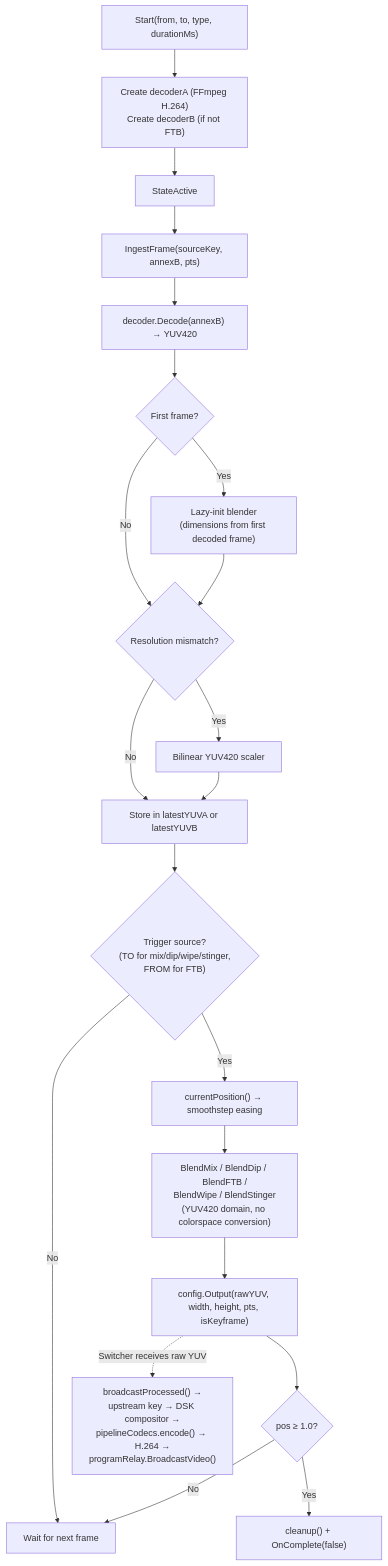
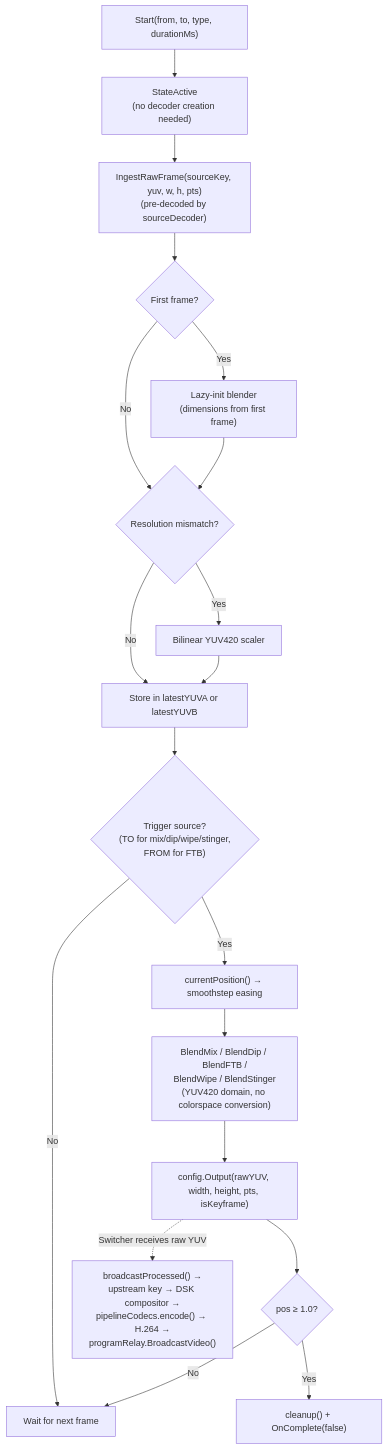
Before and after one commit to zsiec/switchframe: the sixth of 22 diagrams in docs/architecture.md, drawn with Mermaid. The commit also changed other lines of this file and 2 other files, not shown here.

First line of the commit message:
docs: update architecture and locking docs for always-decode

````diff
--- a/docs/architecture.md
+++ b/docs/architecture.md
@@ -304,25 +298,23 @@
 ```mermaid
 flowchart TD
-    start["Start(from, to, type, durationMs)"] --> create["Create decoderA (FFmpeg H.264)<br/>Create decoderB (if not FTB)"]
-    create --> active["StateActive"]
-    active --> ingest["IngestFrame(sourceKey, annexB, pts)"]
-    ingest --> decode["decoder.Decode(annexB) → YUV420"]
-    decode --> init{"First frame?"}
-    init -->|Yes| lazy["Lazy-init blender<br/>(dimensions from first decoded frame)"]
+    start["Start(from, to, type, durationMs)"] --> active["StateActive<br/>(no decoder creation needed)"]
+    active --> ingest["IngestRawFrame(sourceKey, yuv, w, h, pts)<br/>(pre-decoded by sourceDecoder)"]
+    ingest --> init{"First frame?"}
+    init -->|Yes| lazy["Lazy-init blender<br/>(dimensions from first frame)"]
     init -->|No| scale
     lazy --> scale{"Resolution mismatch?"}
     scale -->|Yes| scaler["Bilinear YUV420 scaler"]
     scale -->|No| store["Store in latestYUVA or latestYUVB"]
     scaler --> store
 
     store --> trigger{"Trigger source?<br/>(TO for mix/dip/wipe/stinger,<br/>FROM for FTB)"}
     trigger -->|No| wait["Wait for next frame"]
     trigger -->|Yes| pos["currentPosition() → smoothstep easing"]
     pos --> blend["BlendMix / BlendDip / BlendFTB /<br/>BlendWipe / BlendStinger<br/>(YUV420 domain, no colorspace conversion)"]
     blend --> out["config.Output(rawYUV, width, height, pts, isKeyframe)"]
     out --> done{"pos ≥ 1.0?"}
     done -->|No| wait
     done -->|Yes| cleanup["cleanup() + OnComplete(false)"]
 
     out -.->|"Switcher receives raw YUV"| proc["broadcastProcessed() →<br/>upstream key → DSK compositor →<br/>pipelineCodecs.encode() → H.264 →<br/>programRelay.BroadcastVideo()"]
 ```
````
